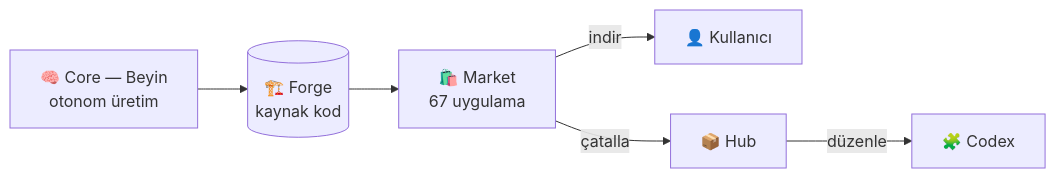
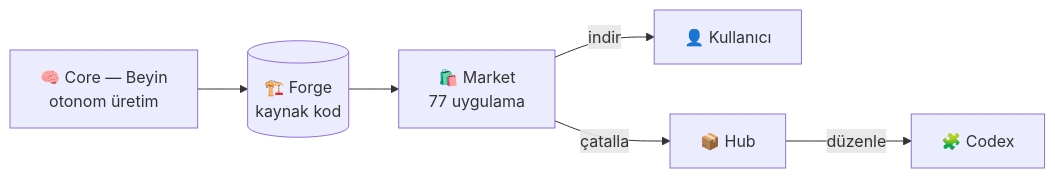
Before and after one commit to numexai/numex-market: the diagram in README.md, drawn with Mermaid. The commit also changed other lines of this file and 141 other files, not shown here.

````diff
--- a/README.md
+++ b/README.md
@@ -85,8 +85,8 @@
 ```mermaid
 flowchart LR
   CORE[🧠 Core — Beyin<br/>otonom üretim] --> FORGE[(🏗️ Forge<br/>kaynak kod)]
-  FORGE --> MARKET[🛍️ Market<br/>67 uygulama]
+  FORGE --> MARKET[🛍️ Market<br/>77 uygulama]
   MARKET -->|indir| USER[👤 Kullanıcı]
   MARKET -->|çatalla| HUB[📦 Hub]
   HUB -->|düzenle| CODEX[🧩 Codex]
 ```
````
